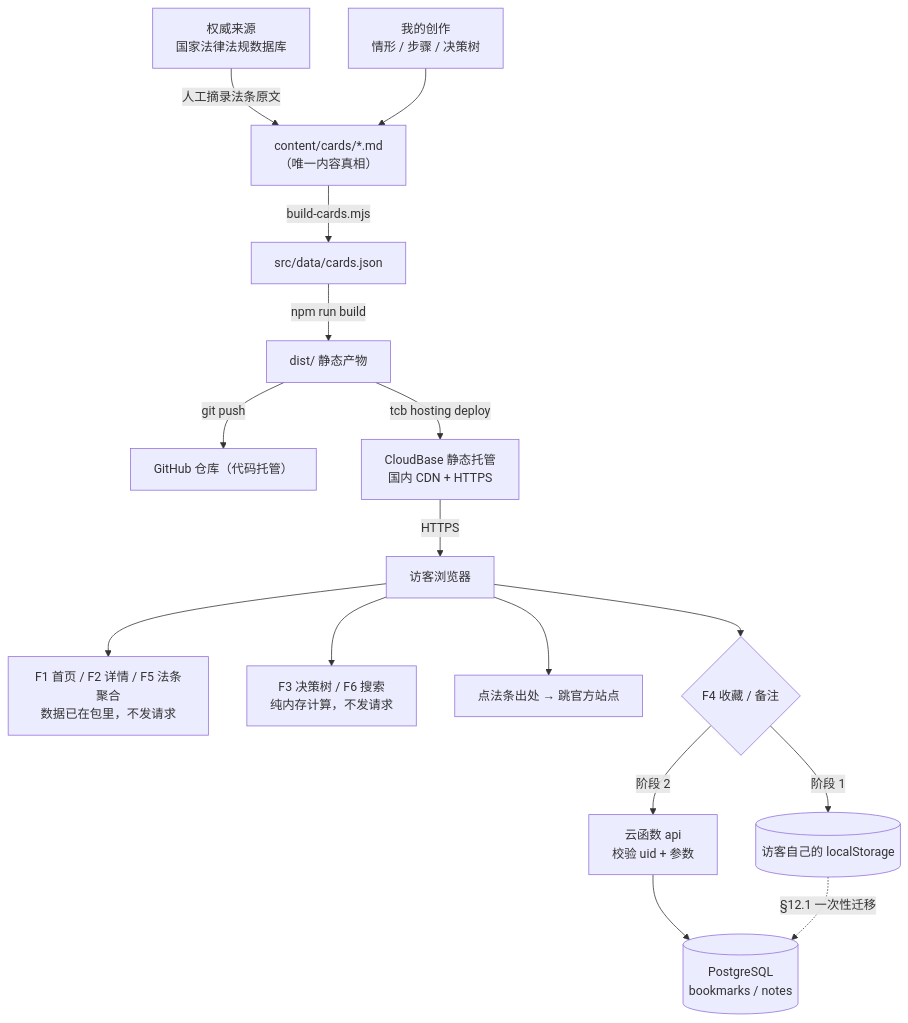
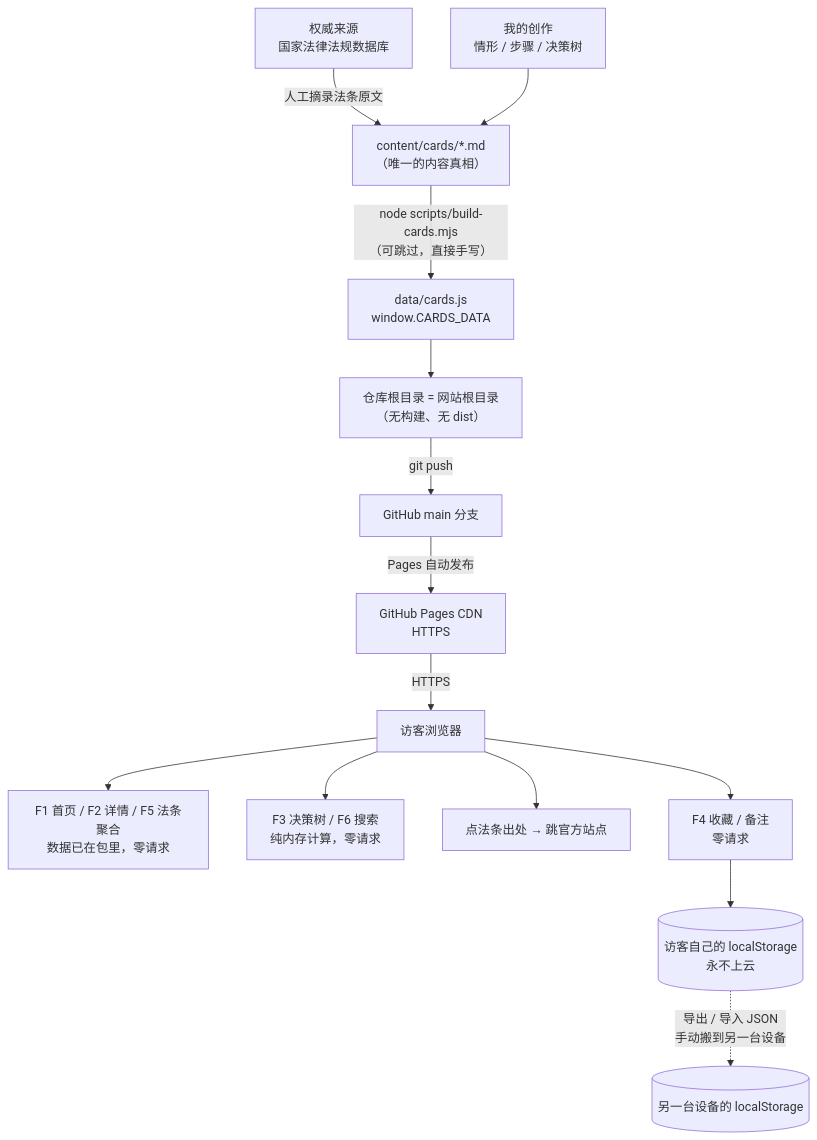
The diagram in TECH_DESIGN.md (Terry-RQJ/week01-vibe-coding), drawn with Mermaid before and after one commit. The commit also changed other lines of this file, not shown here.

````diff
--- a/TECH_DESIGN.md
+++ b/TECH_DESIGN.md
@@ -489,20 +492,17 @@
 ```mermaid
 flowchart TD
-    A1["权威来源<br/>国家法律法规数据库"] -->|人工摘录法条原文| C["content/cards/*.md<br/>（唯一内容真相）"]
+    A1["权威来源<br/>国家法律法规数据库"] -->|人工摘录法条原文| C["content/cards/*.md<br/>（唯一的内容真相）"]
     A2["我的创作<br/>情形 / 步骤 / 决策树"] --> C
-    C -->|build-cards.mjs| D["src/data/cards.json"]
-    D -->|npm run build| E["dist/ 静态产物"]
-    E -->|git push| F["GitHub 仓库（代码托管）"]
-    E -->|tcb hosting deploy| G["CloudBase 静态托管<br/>国内 CDN + HTTPS"]
+    C -->|node scripts/build-cards.mjs<br/>（可跳过，直接手写）| D["data/cards.js<br/>window.CARDS_DATA"]
+    D --> E["仓库根目录 = 网站根目录<br/>（无构建、无 dist）"]
+    E -->|git push| F["GitHub main 分支"]
+    F -->|Pages 自动发布| G["GitHub Pages CDN<br/>HTTPS"]
     G -->|HTTPS| H["访客浏览器"]
 
-    H --> I["F1 首页 / F2 详情 / F5 法条聚合<br/>数据已在包里，不发请求"]
-    H --> J["F3 决策树 / F6 搜索<br/>纯内存计算，不发请求"]
+    H --> I["F1 首页 / F2 详情 / F5 法条聚合<br/>数据已在包里，零请求"]
+    H --> J["F3 决策树 / F6 搜索<br/>纯内存计算，零请求"]
     H --> K["点法条出处 → 跳官方站点"]
-
-    H --> L{"F4 收藏 / 备注"}
-    L -->|阶段 1| M[("访客自己的 localStorage")]
-    L -->|阶段 2| N["云函数 api<br/>校验 uid + 参数"]
-    N --> O[("PostgreSQL<br/>bookmarks / notes")]
-    M -.->|§12.1 一次性迁移| O
+    H --> L["F4 收藏 / 备注<br/>零请求"]
+    L --> M[("访客自己的 localStorage<br/>永不上云")]
+    M -.->|导出 / 导入 JSON<br/>手动搬到另一台设备| M2[("另一台设备的 localStorage")]
 ```
````
